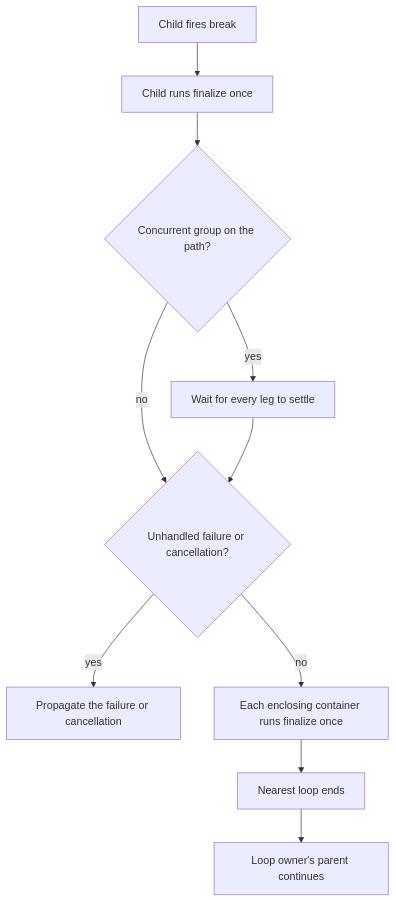
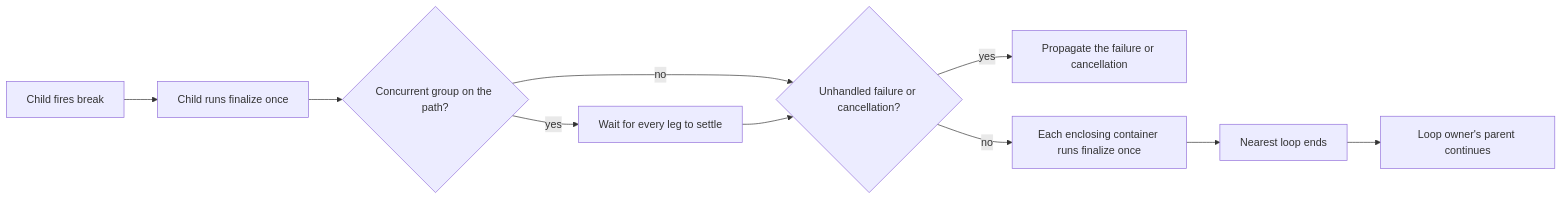
Before and after one commit to yankeeinlondon/rusty-biscuit: the third of 3 diagrams in claudine/docs/topics/flow-control/flow-control.md, drawn with Mermaid. The commit also changed other lines of this file and 33 other files, not shown here.

````diff
--- a/claudine/docs/topics/flow-control/flow-control.md
+++ b/claudine/docs/topics/flow-control/flow-control.md
@@ -336,12 +373,12 @@
 ```mermaid
-flowchart TD
+flowchart LR
     B[Child fires break] --> F[Child runs finalize once]
     F --> G{Concurrent group on the path?}
     G -->|yes| W[Wait for every leg to settle]
     G -->|no| Q
     W --> Q{Unhandled failure or cancellation?}
     Q -->|yes| P[Propagate the failure or cancellation]
     Q -->|no| C[Each enclosing container runs finalize once]
     C --> L[Nearest loop ends]
     L --> N[Loop owner's parent continues]
 ```
````
